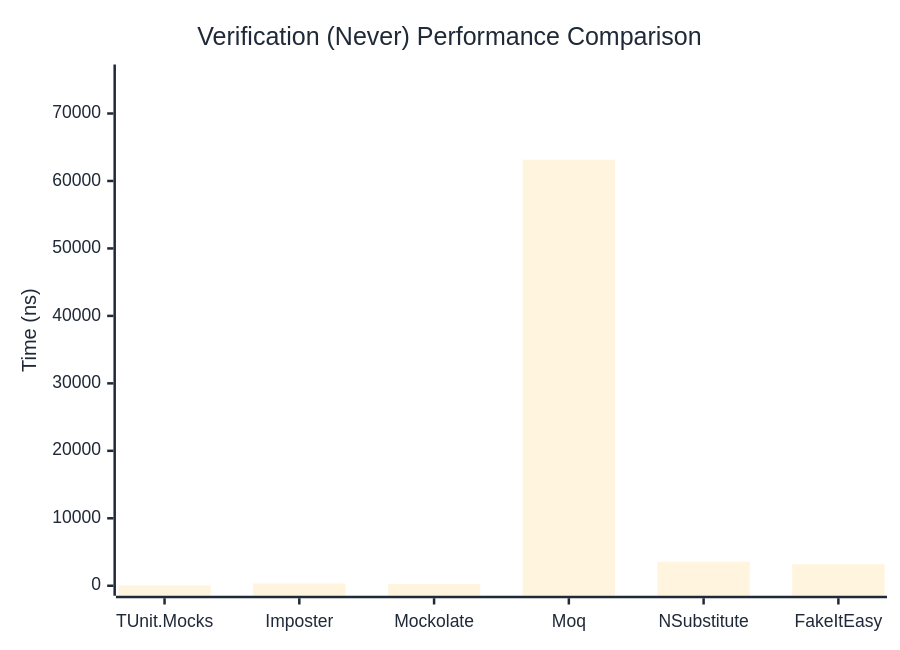
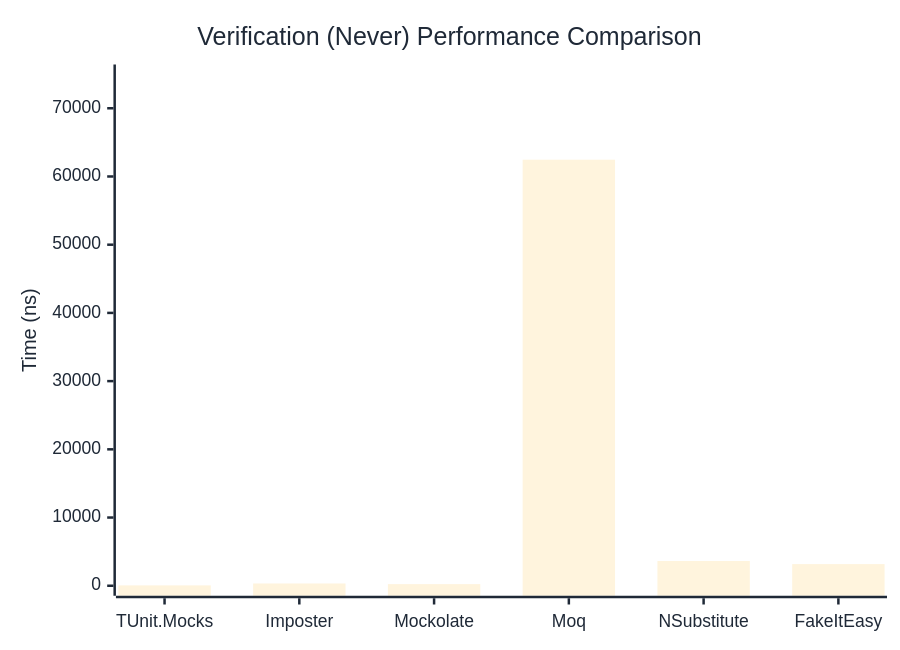
One commit to thomhurst/TUnit changed the second of 3 diagrams in docs/docs/benchmarks/mocks/Verification.md. Above: the diagram before and after it, drawn with Mermaid. The commit also changed other lines of this file and 14 other files, not shown here.

````diff
--- a/docs/docs/benchmarks/mocks/Verification.md
+++ b/docs/docs/benchmarks/mocks/Verification.md
@@ -71,27 +71,27 @@
 ```mermaid
 %%{init: {
   'theme':'base',
   'themeVariables': {
     'primaryColor': '#2563eb',
     'primaryTextColor': '#1f2937',
     'primaryBorderColor': '#1e40af',
     'lineColor': '#6b7280',
     'secondaryColor': '#7c3aed',
     'tertiaryColor': '#dc2626',
     'background': '#ffffff',
     'pie1': '#2563eb',
     'pie2': '#7c3aed',
     'pie3': '#dc2626',
     'pie4': '#f59e0b',
     'pie5': '#10b981',
     'pie6': '#06b6d4',
     'pie7': '#ec4899',
     'pie8': '#6366f1'
   }
 }}%%
 xychart-beta
   title "Verification (Never) Performance Comparison"
   x-axis ["TUnit.Mocks", "Imposter", "Mockolate", "Moq", "NSubstitute", "FakeItEasy"]
-  y-axis "Time (ns)" 0 --> 75782
-  bar [53.93, 329.59, 237.65, 63150.84, 3559.96, 3187.52]
+  y-axis "Time (ns)" 0 --> 74951
+  bar [54.28, 334.19, 236.34, 62458.93, 3629.23, 3172.58]
 ```
````
